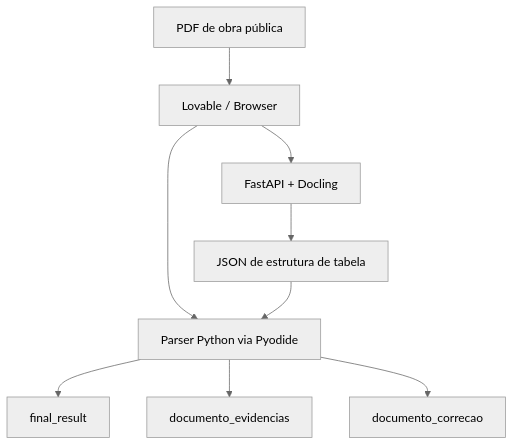
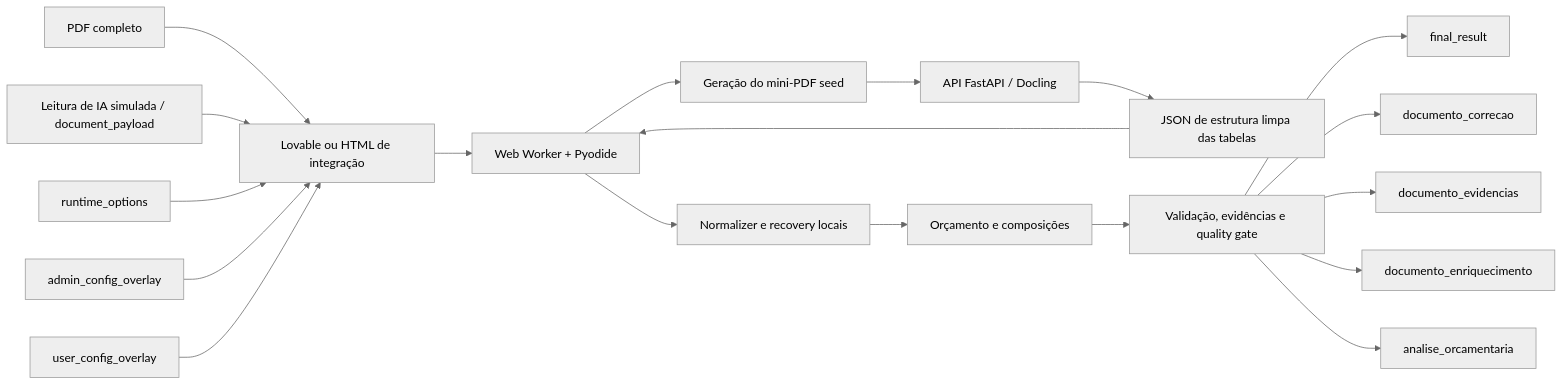
Before and after one commit to Edu0032/PaserEngDocs: the diagram in README.md, drawn with Mermaid (neutral theme). The commit also changed other lines of this file, not shown here.

````diff
--- a/README.md
+++ b/README.md
@@ -30,11 +46,23 @@
 ```mermaid
-flowchart TD
-    PDF[PDF de obra pública] --> Browser[Lovable / Browser]
-    Browser --> Pyodide[Parser Python via Pyodide]
-    Browser --> ApiDocling[FastAPI + Docling]
-    ApiDocling --> TableJSON[JSON de estrutura de tabela]
-    TableJSON --> Pyodide
-    Pyodide --> FinalJSON[final_result]
-    Pyodide --> Evidence[documento_evidencias]
-    Pyodide --> Correction[documento_correcao]
+flowchart LR
+    A[PDF completo] --> B[Lovable ou HTML de integração]
+    C[Leitura de IA simulada / document_payload] --> B
+    D[runtime_options] --> B
+    E[admin_config_overlay] --> B
+    F[user_config_overlay] --> B
+
+    B --> G[Web Worker + Pyodide]
+    G --> H[Geração do mini-PDF seed]
+    H --> I[API FastAPI / Docling]
+    I --> J[JSON de estrutura limpa das tabelas]
+    J --> G
+
+    G --> K[Normalizer e recovery locais]
+    K --> L[Orçamento e composições]
+    L --> M[Validação, evidências e quality gate]
+    M --> N[final_result]
+    M --> O[documento_correcao]
+    M --> P[documento_evidencias]
+    M --> Q[documento_enriquecimento]
+    M --> R[analise_orcamentaria]
 ```
````
